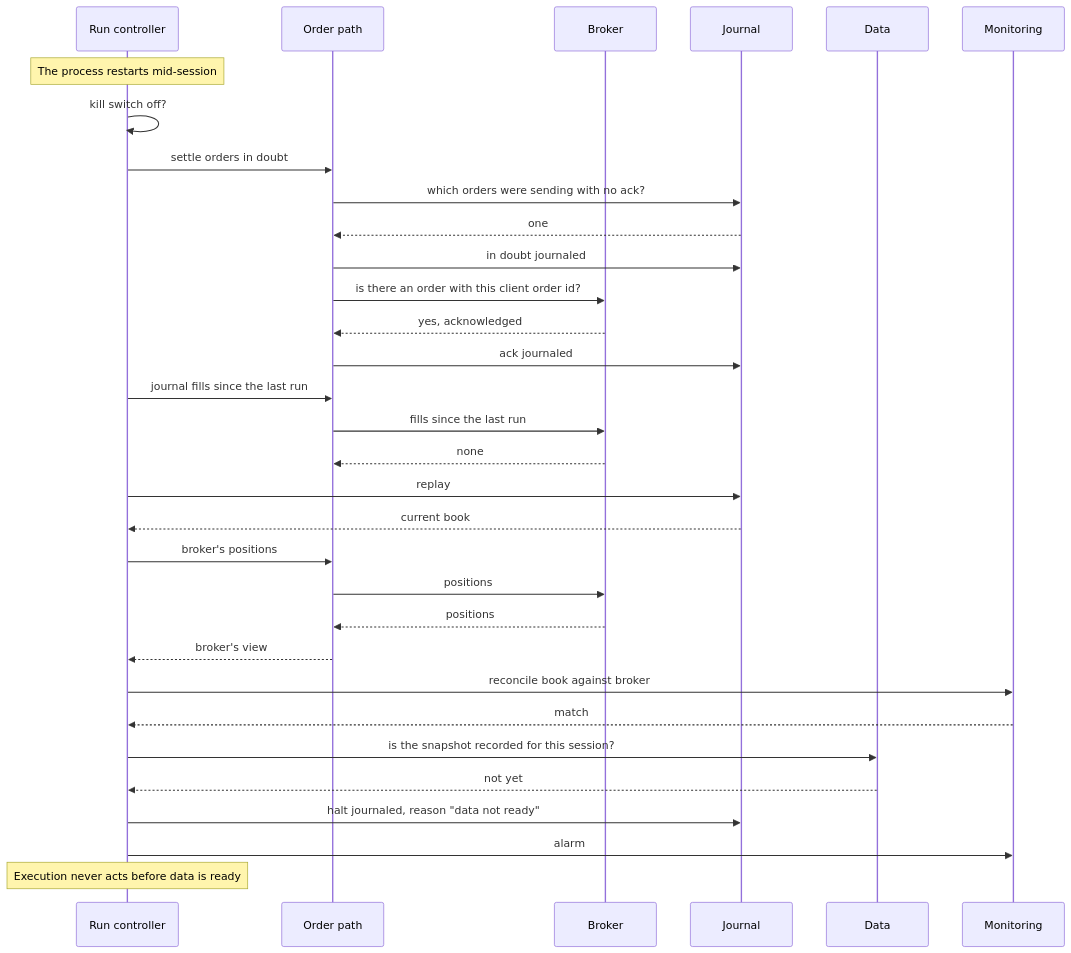
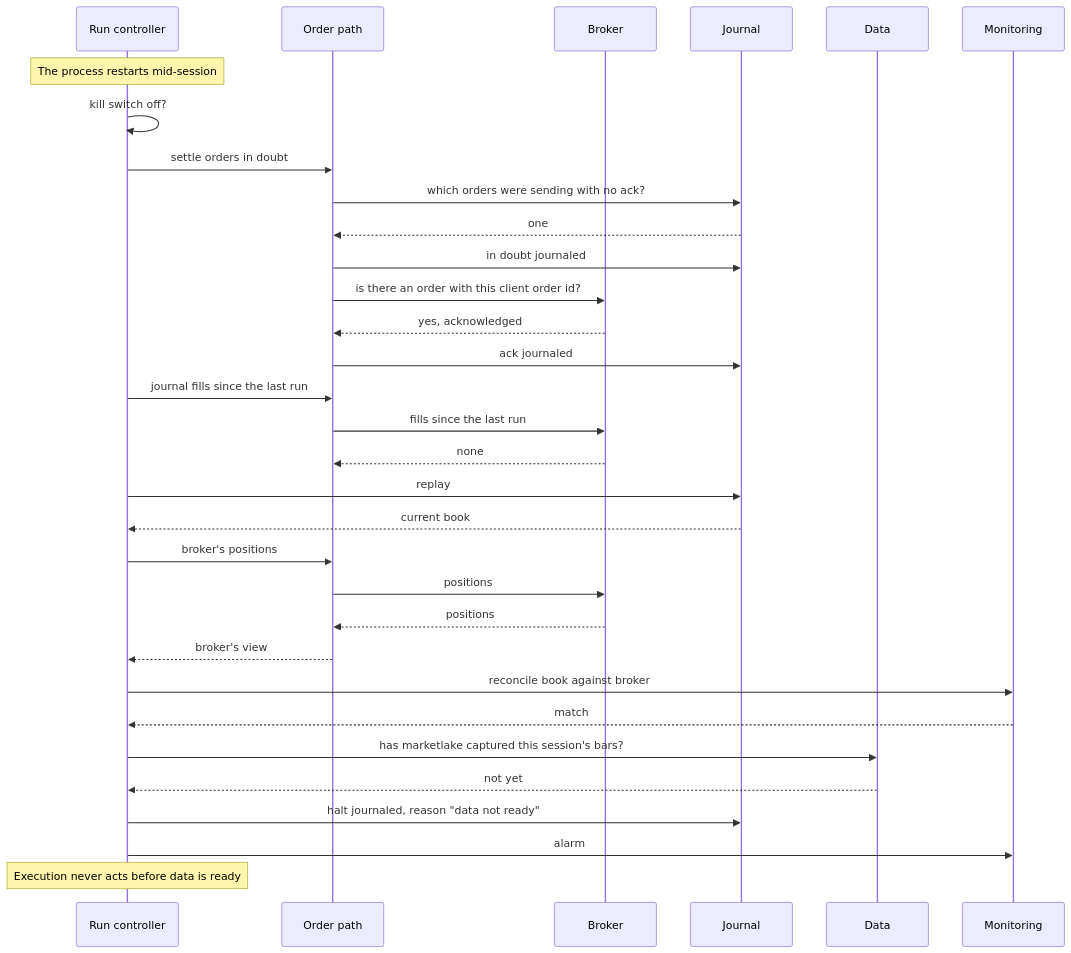
One commit to l3a0/ithildin-runtime changed the sixth of 16 diagrams in docs/architecture.md. Above: the diagram before and after it, drawn with Mermaid. The commit also changed other lines of this file, not shown here.

First line of the commit message:
docs(architecture): fix what the marketlake revision's review found

````diff
--- a/docs/architecture.md
+++ b/docs/architecture.md
@@ -476,35 +487,35 @@
 ```mermaid
 sequenceDiagram
     participant R as Run controller
     participant X as Order path
     participant B as Broker
     participant J as Journal
     participant D as Data
     participant M as Monitoring
 
     Note over R: The process restarts mid-session
     R->>R: kill switch off?
     R->>X: settle orders in doubt
     X->>J: which orders were sending with no ack?
     J-->>X: one
     X->>J: in doubt journaled
     X->>B: is there an order with this client order id?
     B-->>X: yes, acknowledged
     X->>J: ack journaled
     R->>X: journal fills since the last run
     X->>B: fills since the last run
     B-->>X: none
     R->>J: replay
     J-->>R: current book
     R->>X: broker's positions
     X->>B: positions
     B-->>X: positions
     X-->>R: broker's view
     R->>M: reconcile book against broker
     M-->>R: match
-    R->>D: is the snapshot recorded for this session?
+    R->>D: has marketlake captured this session's bars?
     D-->>R: not yet
     R->>J: halt journaled, reason "data not ready"
     R->>M: alarm
     Note over R: Execution never acts before data is ready
 ```
````
